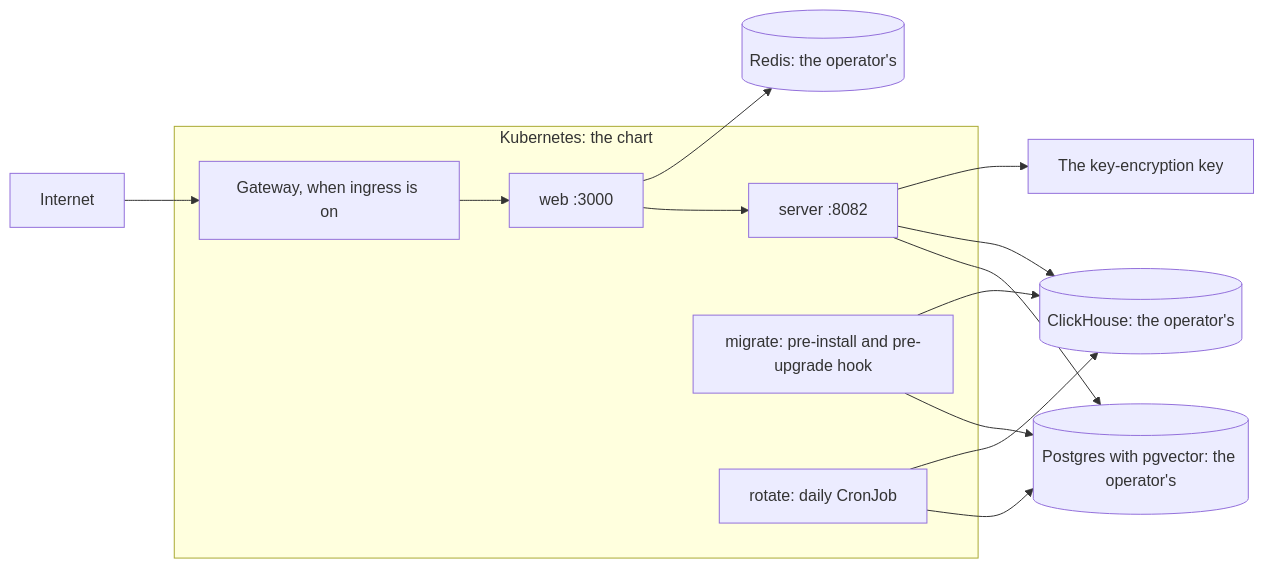
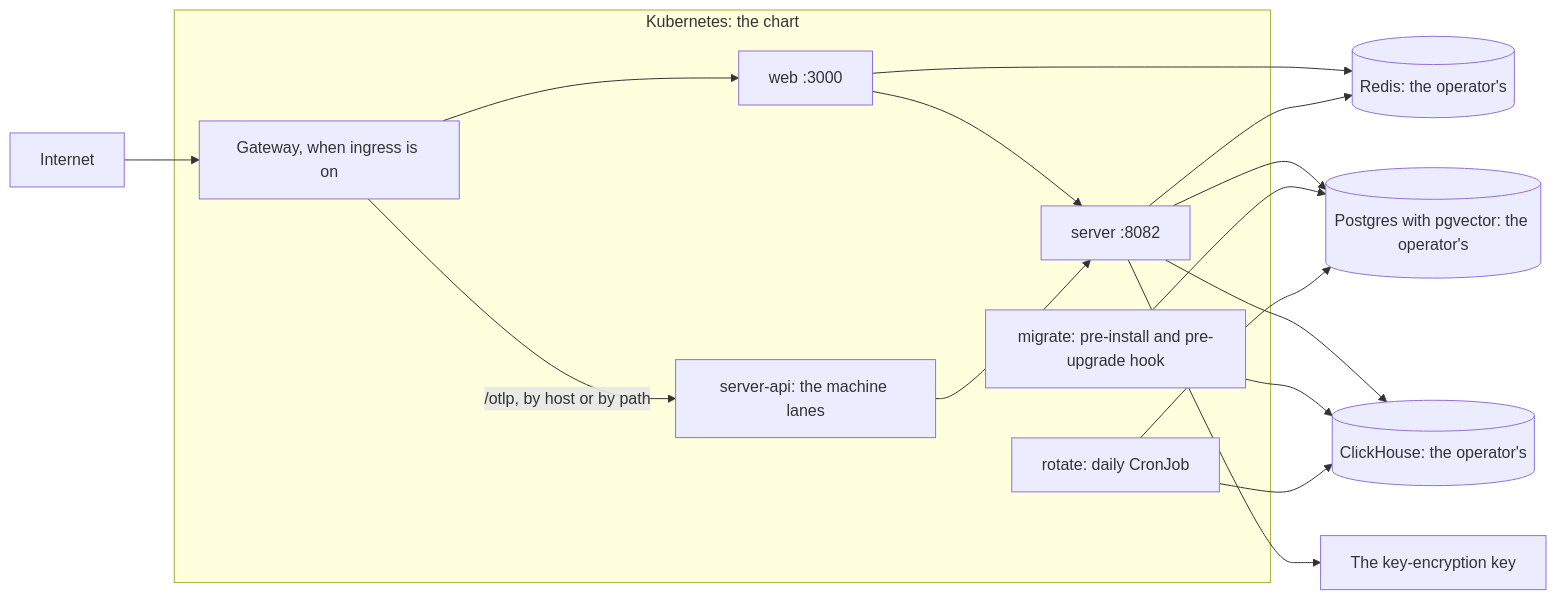
Before and after one commit to telmoni/telmoni: the fifth of 5 diagrams in ARCHITECTURE.md, drawn with Mermaid. The commit also changed other lines of this file and 4 other files, not shown here.

````diff
--- a/ARCHITECTURE.md
+++ b/ARCHITECTURE.md
@@ -295,16 +341,19 @@
 ```mermaid
 flowchart LR
   Internet --> GW["Gateway, when ingress is on"]
   subgraph Cluster["Kubernetes: the chart"]
     GW --> Web["web :3000"]
+    GW -->|"/otlp, by host or by path"| API["server-api: the machine lanes"]
     Web --> Server["server :8082"]
+    API --> Server
     Migrate["migrate: pre-install and pre-upgrade hook"]
     Rotate["rotate: daily CronJob"]
   end
   Web --> Redis[("Redis: the operator's")]
+  Server --> Redis
   Server --> PG[("Postgres with pgvector: the operator's")]
   Server --> CH[("ClickHouse: the operator's")]
   Server --> KMS["The key-encryption key"]
   Migrate --> PG & CH
   Rotate --> PG & CH
 ```
````
